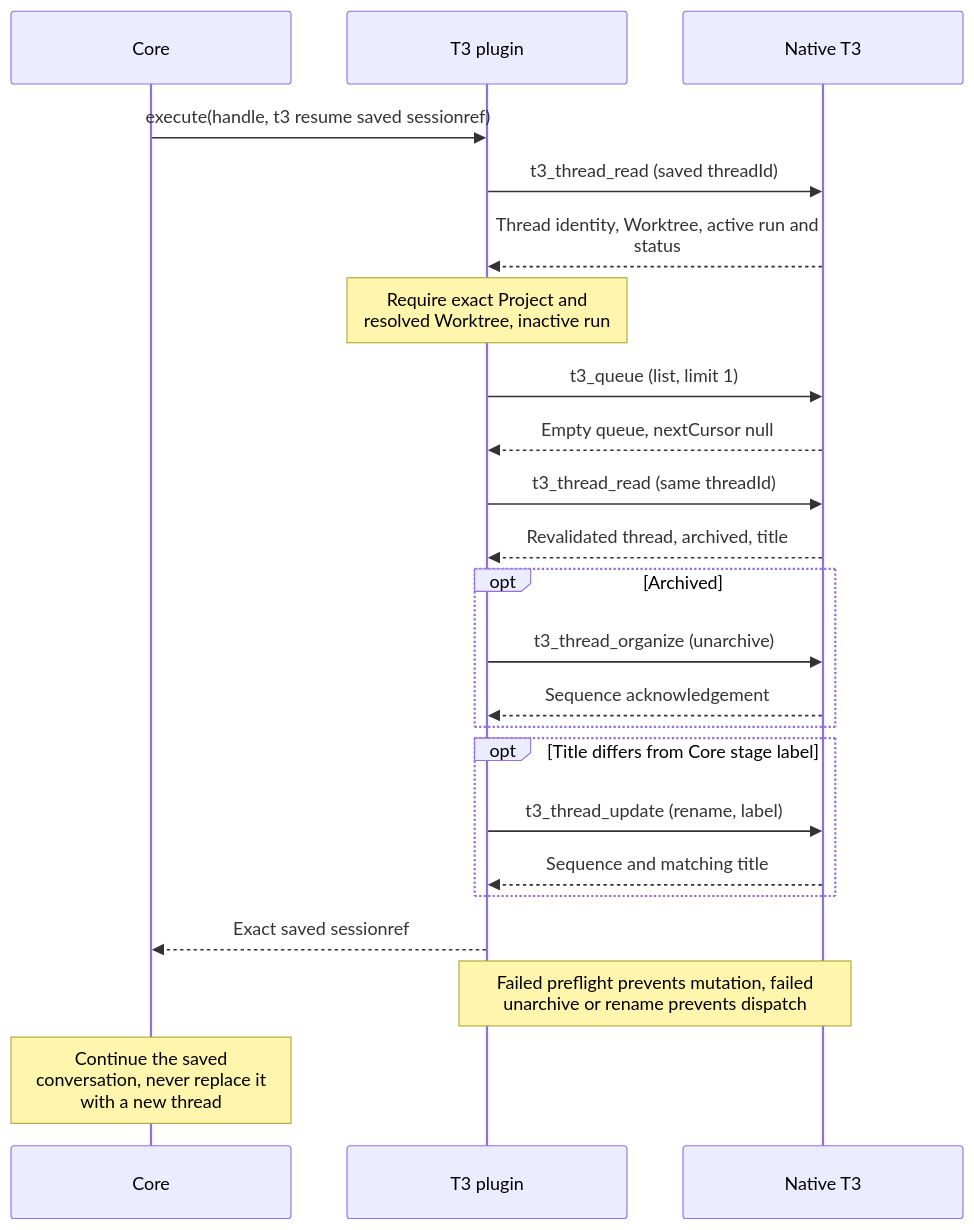
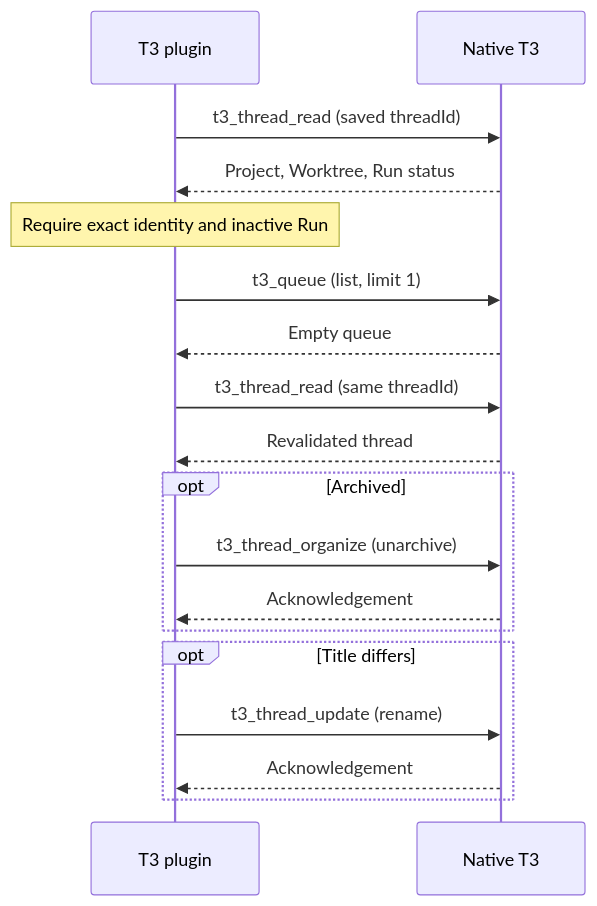
Before and after one commit to BuddyLabsCo/issue-runner-t3: the fifth of 7 diagrams in docs/t3-protocol.md, drawn with Mermaid. The commit also changed other lines of this file and 2 other files, not shown here.

````diff
--- a/docs/t3-protocol.md
+++ b/docs/t3-protocol.md
@@ -176,26 +122,20 @@
 ```mermaid
-%%{init: {"sequence": {"width": 250, "wrap": true}}}%%
 sequenceDiagram
-    participant C as Core
     participant P as T3 plugin
-    participant N as Native T3
-    C->>P: execute(handle, t3 resume saved sessionref)
-    P->>N: t3_thread_read (saved threadId)
-    N-->>P: Thread identity, Worktree, active run and status
-    Note over P: Require exact Project and resolved Worktree, inactive run
-    P->>N: t3_queue (list, limit 1)
-    N-->>P: Empty queue, nextCursor null
-    P->>N: t3_thread_read (same threadId)
-    N-->>P: Revalidated thread, archived, title
+    participant T as Native T3
+    P->>T: t3_thread_read (saved threadId)
+    T-->>P: Project, Worktree, Run status
+    Note over P: Require exact identity and inactive Run
+    P->>T: t3_queue (list, limit 1)
+    T-->>P: Empty queue
+    P->>T: t3_thread_read (same threadId)
+    T-->>P: Revalidated thread
     opt Archived
-        P->>N: t3_thread_organize (unarchive)
-        N-->>P: Sequence acknowledgement
+        P->>T: t3_thread_organize (unarchive)
+        T-->>P: Acknowledgement
     end
-    opt Title differs from Core stage label
-        P->>N: t3_thread_update (rename, label)
-        N-->>P: Sequence and matching title
+    opt Title differs
+        P->>T: t3_thread_update (rename)
+        T-->>P: Acknowledgement
     end
-    P-->>C: Exact saved sessionref
-    Note over P,N: Failed preflight prevents mutation, failed unarchive or rename prevents dispatch
-    Note over C: Continue the saved conversation, never replace it with a new thread
 ```
````
